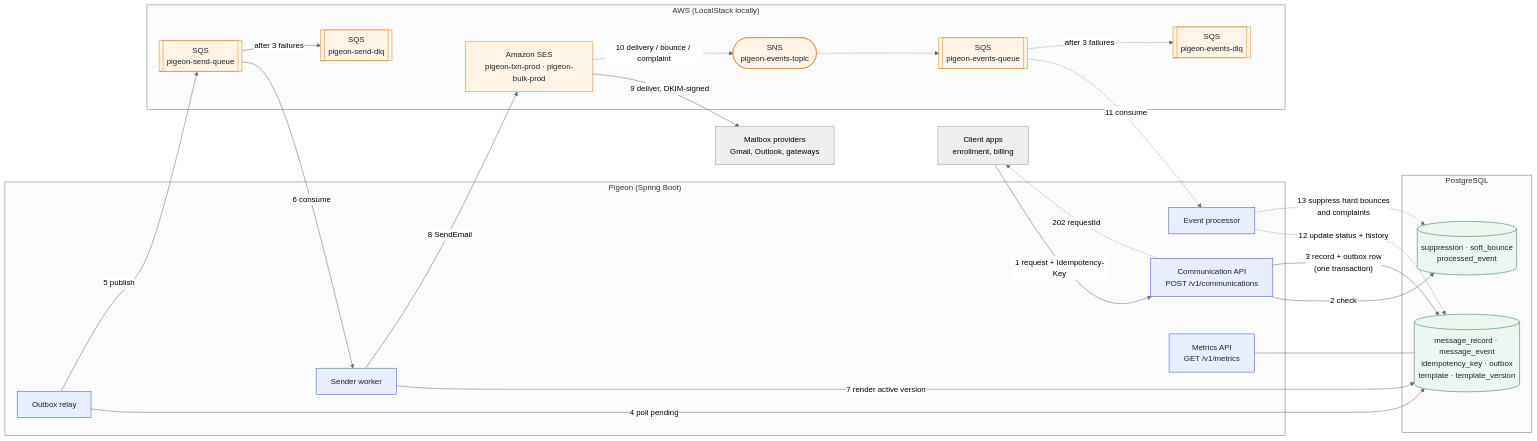
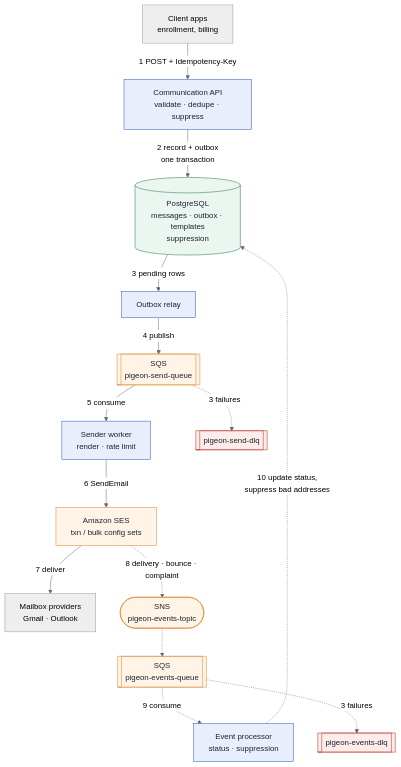
Before and after one commit to BabujiR/pigeon: the first of 2 diagrams in README.md, drawn with Mermaid (neutral theme). The commit also changed 1 other file, not shown here.

Commit message:
Add Pigeon Lab page and fix README diagram

````diff
--- a/README.md
+++ b/README.md
@@ -24,55 +24,41 @@
 ```mermaid
-flowchart LR
+flowchart TB
     client["Client apps<br/>enrollment, billing"]
+    api["Communication API<br/>validate · dedupe · suppress"]
+    db[("PostgreSQL<br/>messages · outbox · templates<br/>suppression")]
+    relay["Outbox relay"]
+    sendq[["SQS<br/>pigeon-send-queue"]]
+    worker["Sender worker<br/>render · rate limit"]
+    ses["Amazon SES<br/>txn / bulk config sets"]
+    inbox["Mailbox providers<br/>Gmail · Outlook"]
+    topic(["SNS<br/>pigeon-events-topic"])
+    evq[["SQS<br/>pigeon-events-queue"]]
+    processor["Event processor<br/>status · suppression"]
+    dlq1[["pigeon-send-dlq"]]
+    dlq2[["pigeon-events-dlq"]]
 
-    subgraph pigeon["Pigeon (Spring Boot)"]
-        api["Communication API<br/>POST /v1/communications"]
-        relay["Outbox relay"]
-        worker["Sender worker"]
-        processor["Event processor"]
-        metrics["Metrics API<br/>GET /v1/metrics"]
-    end
+    client -->|"1 POST + Idempotency-Key"| api
+    api -->|"2 record + outbox<br/>one transaction"| db
+    db -->|"3 pending rows"| relay
+    relay -->|"4 publish"| sendq
+    sendq -->|"5 consume"| worker
+    worker -->|"6 SendEmail"| ses
+    ses -->|"7 deliver"| inbox
 
-    subgraph data["PostgreSQL"]
-        db[("message_record · message_event<br/>idempotency_key · outbox<br/>template · template_version")]
-        supp[("suppression · soft_bounce<br/>processed_event")]
-    end
+    ses -.->|"8 delivery · bounce · complaint"| topic
+    topic -.-> evq
+    evq -.->|"9 consume"| processor
+    processor -.->|"10 update status,<br/>suppress bad addresses"| db
 
-    subgraph aws["AWS (LocalStack locally)"]
-        sendq[["SQS<br/>pigeon-send-queue"]]
-        senddlq[["SQS<br/>pigeon-send-dlq"]]
-        ses["Amazon SES<br/>pigeon-txn-prod · pigeon-bulk-prod"]
-        topic(["SNS<br/>pigeon-events-topic"])
-        evq[["SQS<br/>pigeon-events-queue"]]
-        evdlq[["SQS<br/>pigeon-events-dlq"]]
-    end
+    sendq -.->|"3 failures"| dlq1
+    evq -.->|"3 failures"| dlq2
 
-    inbox["Mailbox providers<br/>Gmail, Outlook, gateways"]
-
-    client -->|"1 request + Idempotency-Key"| api
-    api -->|"2 check"| supp
-    api -->|"3 record + outbox row<br/>(one transaction)"| db
-    api -.->|"202 requestId"| client
-    relay -->|"4 poll pending"| db
-    relay -->|"5 publish"| sendq
-    sendq -->|"6 consume"| worker
-    worker -->|"7 render active version"| db
-    worker -->|"8 SendEmail"| ses
-    sendq -->|"after 3 failures"| senddlq
-    ses -->|"9 deliver, DKIM-signed"| inbox
-
-    ses -.->|"10 delivery / bounce / complaint"| topic
-    topic -.-> evq
-    evq -.->|"11 consume"| processor
-    evq -.->|"after 3 failures"| evdlq
-    processor -.->|"12 update status + history"| db
-    processor -.->|"13 suppress hard bounces<br/>and complaints"| supp
-    metrics --- db
-
-    classDef awsNode fill:#fff4e5,stroke:#d9822b,color:#1b2430
-    classDef appNode fill:#e8eefc,stroke:#2b4fc4,color:#1b2430
-    classDef dataNode fill:#eaf6ef,stroke:#1d7347,color:#1b2430
-    class sendq,senddlq,ses,topic,evq,evdlq awsNode
-    class api,relay,worker,processor,metrics appNode
-    class db,supp dataNode
+    classDef aws fill:#fff4e5,stroke:#d9822b,color:#1b2430
+    classDef app fill:#e8eefc,stroke:#2b4fc4,color:#1b2430
+    classDef data fill:#eaf6ef,stroke:#1d7347,color:#1b2430
+    classDef dlq fill:#fdecea,stroke:#b02a1e,color:#1b2430
+    class sendq,ses,topic,evq aws
+    class api,relay,worker,processor app
+    class db data
+    class dlq1,dlq2 dlq
 ```
````
